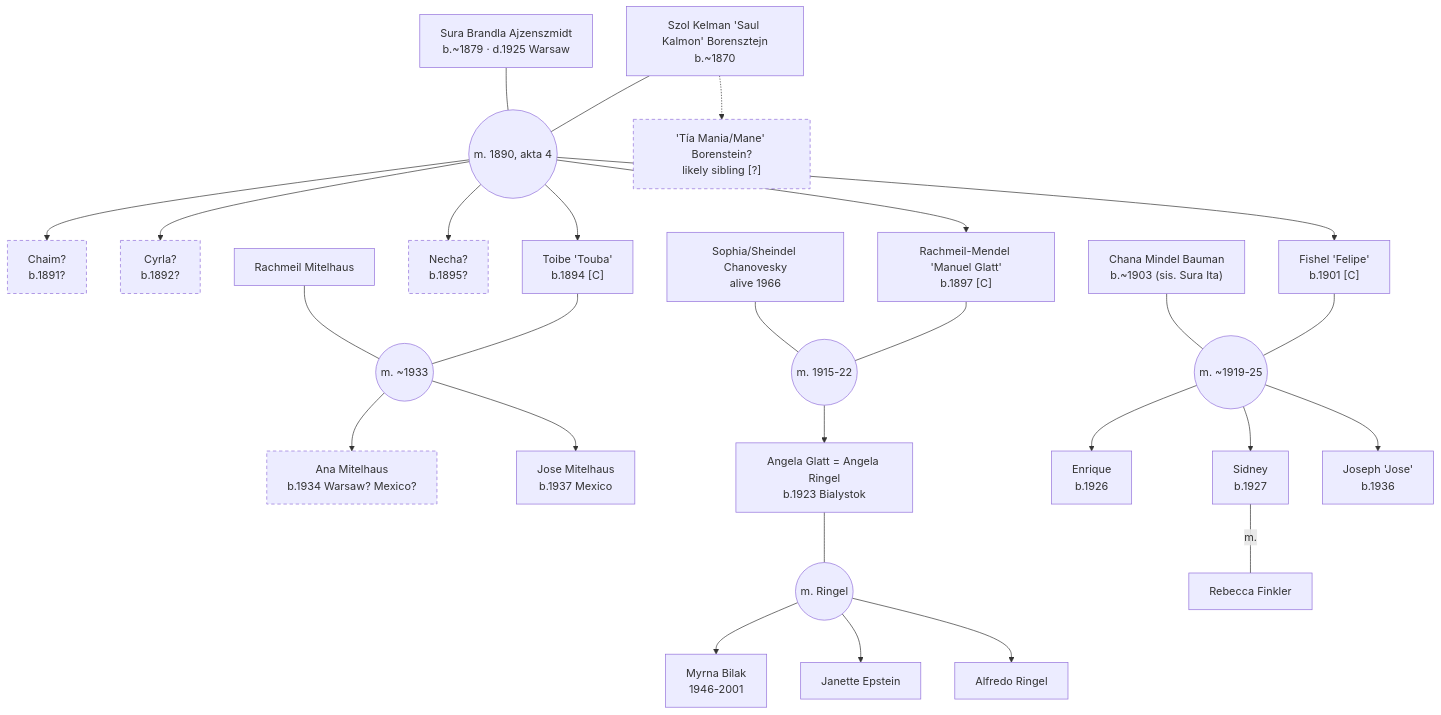
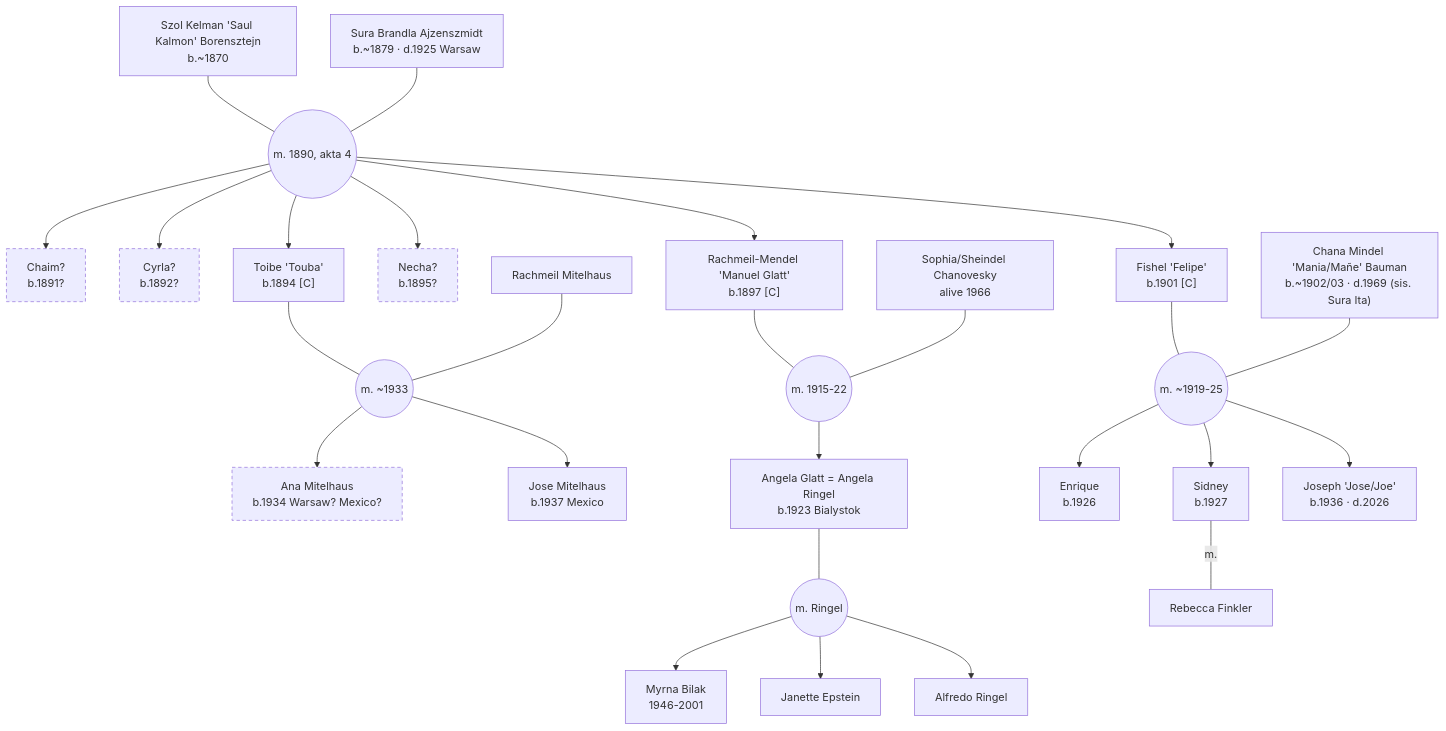
Before and after one commit to pborenstein/geneaology: the second of 5 diagrams in data/family-tree.md, drawn with Mermaid. The commit also changed other lines of this file and 3 other files, not shown here.

First line of the commit message:
feat(data): CF-30 resolved — Mania = Chana Mindel Bauman (A15 merged into A06); José d. Mar 2026, div. 1978, m. 2) Carol Ackerman

````diff
--- a/data/family-tree.md
+++ b/data/family-tree.md
@@ -54,38 +56,36 @@
 ```mermaid
 graph TD
     A01["Szol Kelman 'Saul Kalmon' Borensztejn<br/>b.~1870"] --- MA0102(("m. 1890, akta 4"))
     A02["Sura Brandla Ajzenszmidt<br/>b.~1879 · d.1925 Warsaw"] --- MA0102
     MA0102 --> A12["Chaim?<br/>b.1891?"]
     MA0102 --> A13["Cyrla?<br/>b.1892?"]
     MA0102 --> A03["Toibe 'Touba'<br/>b.1894 [C]"]
     MA0102 --> A14["Necha?<br/>b.1895?"]
     MA0102 --> A04["Rachmeil-Mendel 'Manuel Glatt'<br/>b.1897 [C]"]
     MA0102 --> A05["Fishel 'Felipe'<br/>b.1901 [C]"]
-    A01 -.-> A06["'Tía Mania/Mane' Borenstein?<br/>likely sibling [?]"]
 
     A03 --- MA03M(("m. ~1933"))
     MITEL["Rachmeil Mitelhaus"] --- MA03M
     MA03M --> ANAM["Ana Mitelhaus<br/>b.1934 Warsaw? Mexico?"]
     MA03M --> JOSEM["Jose Mitelhaus<br/>b.1937 Mexico"]
 
     A04 --- MA0407(("m. 1915-22"))
     A07["Sophia/Sheindel Chanovesky<br/>alive 1966"] --- MA0407
     MA0407 --> A08["Angela Glatt = Angela Ringel<br/>b.1923 Bialystok"]
     A08 --- MA08R(("m. Ringel"))
     MA08R --> A09["Myrna Bilak<br/>1946-2001"]
     MA08R --> A10["Janette Epstein"]
     MA08R --> A11["Alfredo Ringel"]
 
-    A05 --- MA0515(("m. ~1919-25"))
-    A15["Chana Mindel Bauman<br/>b.~1903 (sis. Sura Ita)"] --- MA0515
-    MA0515 --> A16["Enrique<br/>b.1926"]
-    MA0515 --> A17["Sidney<br/>b.1927"]
-    MA0515 --> A18["Joseph 'Jose'<br/>b.1936"]
+    A05 --- MA0506(("m. ~1919-25"))
+    A06["Chana Mindel 'Mania/Mañe' Bauman<br/>b.~1902/03 · d.1969 (sis. Sura Ita)"] --- MA0506
+    MA0506 --> A16["Enrique<br/>b.1926"]
+    MA0506 --> A17["Sidney<br/>b.1927"]
+    MA0506 --> A18["Joseph 'Jose/Joe'<br/>b.1936 · d.2026"]
     A17 ---|"m."| FINKLER["Rebecca Finkler"]
 
     style A12 stroke-dasharray:5 4
     style A13 stroke-dasharray:5 4
     style A14 stroke-dasharray:5 4
-    style A06 stroke-dasharray:5 4
     style ANAM stroke-dasharray:5 4
 ```
````
